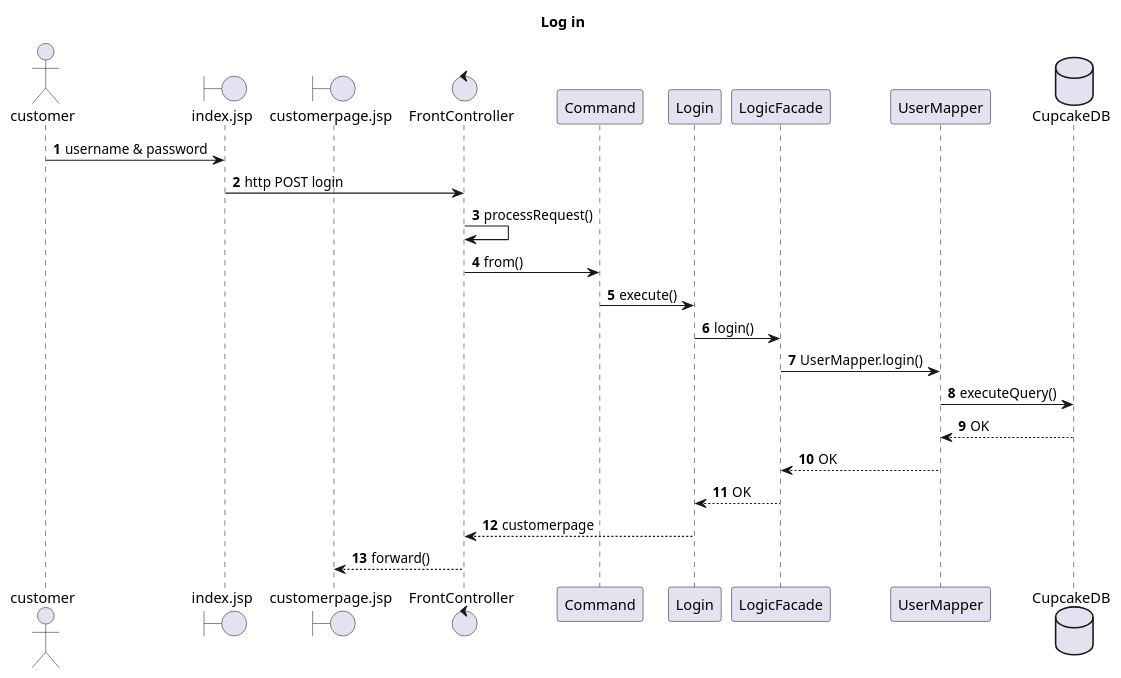
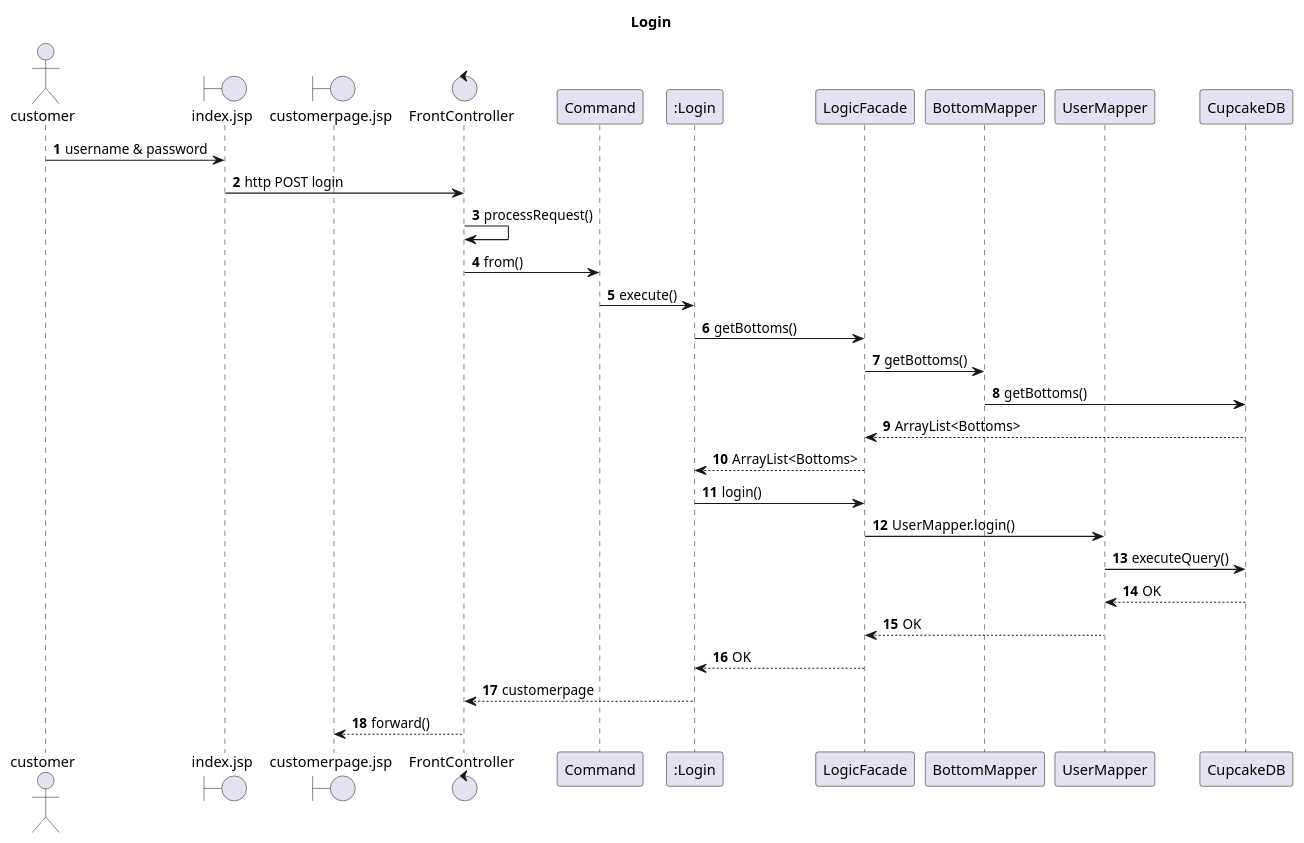
The diagram in src/main/java/cupcakeuml/cupcake_sequence_login.puml (Pelle-pr/CupCakeProject), drawn with PlantUML before and after one commit.

Commit message:
siste rett med Jon

```diff
--- a/src/main/java/cupcakeuml/cupcake_sequence_login.puml
+++ b/src/main/java/cupcakeuml/cupcake_sequence_login.puml
@@ -1,55 +1,60 @@
 @startuml
 
 autonumber
-title Log in
+title Login
 actor customer
 
 boundary index.jsp
 boundary customerpage.jsp
 control FrontController
 
 customer -> index.jsp: username & password
 index.jsp -> FrontController: http POST login
 FrontController -> FrontController: processRequest()
 FrontController -> Command: from()
-Command -> Login: execute()
-Login -> LogicFacade: login()
+Command -> ":Login": execute()
+":Login" -> LogicFacade: getBottoms()
+LogicFacade -> BottomMapper: getBottoms()
+BottomMapper -> CupcakeDB: getBottoms()
+CupcakeDB --> LogicFacade: ArrayList<Bottoms>
+LogicFacade --> ":Login": ArrayList<Bottoms>
+":Login" -> LogicFacade: login()
 LogicFacade -> UserMapper: UserMapper.login()
 
 
 
 
 
 
 '== Initialization ==
 'box
 'Login -> LogicFacade: getBottoms()
 'Initializer --> index.jsp: ArrayList<Sport>
 'end box
 '== Beregn BMI ==
 'box PresentationLayer
 'control FrontController
 'index.jsp -> FrontController: doPost()
 '
 '
 'Command --> FrontController: customerpage.jsp
 'FrontController -> Resultat: execute()
 'end box
 '
 'box LogicFacade
 'Resultat -> LogicFacade: insertBmiItem()
 'end box
 '
 'box DBAccess
 'LogicFacade -> BmiMapper: insertBmiItem()
 'end box
 
 database CupcakeDB
 UserMapper -> CupcakeDB: executeQuery()
 CupcakeDB --> UserMapper: OK
 UserMapper --> LogicFacade: OK
-LogicFacade --> Login: OK
-Login --> FrontController: customerpage
+LogicFacade --> ":Login": OK
+":Login" --> FrontController: customerpage
 FrontController --> customerpage.jsp: forward()
 
 @enduml
```
